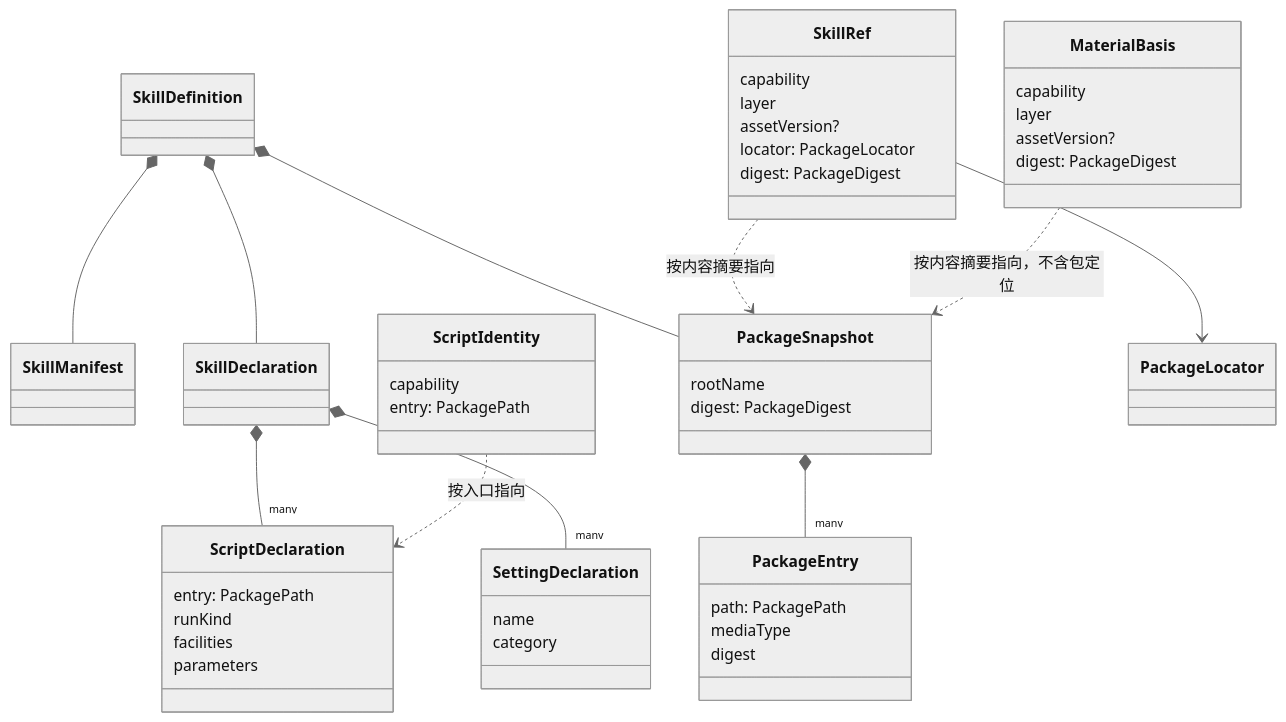
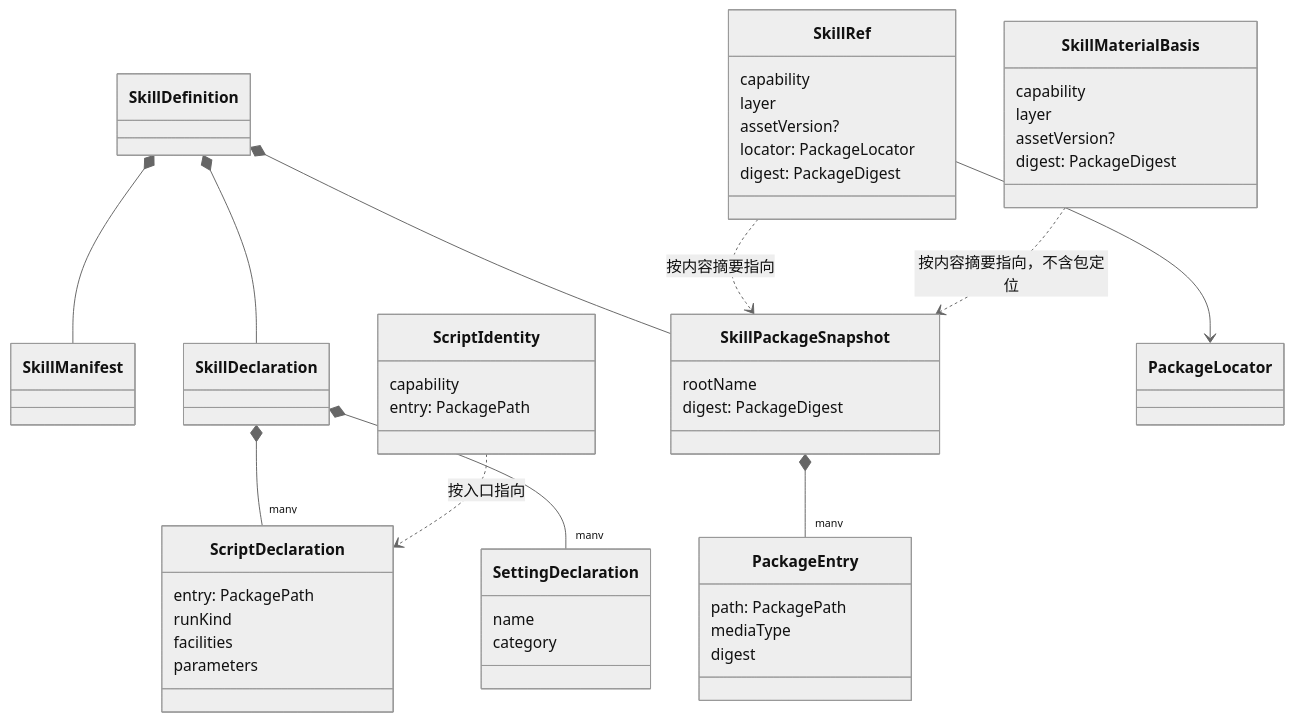
The diagram in packages/skills/docs/architecture.md (nemori-ai/omne-harness-lite), drawn with Mermaid (neutral theme) before and after one commit. The commit also changed other lines of this file and 8 other files, not shown here.

````diff
--- a/packages/skills/docs/architecture.md
+++ b/packages/skills/docs/architecture.md
@@ -94,53 +94,53 @@
 ```mermaid
 classDiagram
   class SkillDefinition
   class SkillManifest
   class SkillDeclaration
   class ScriptDeclaration {
     entry: PackagePath
     runKind
     facilities
     parameters
   }
   class SettingDeclaration {
     name
     category
   }
-  class PackageSnapshot {
+  class SkillPackageSnapshot {
     rootName
     digest: PackageDigest
   }
   class PackageEntry {
     path: PackagePath
     mediaType
     digest
   }
   class SkillRef {
     capability
     layer
     assetVersion?
     locator: PackageLocator
     digest: PackageDigest
   }
-  class MaterialBasis {
+  class SkillMaterialBasis {
     capability
     layer
     assetVersion?
     digest: PackageDigest
   }
   class ScriptIdentity {
     capability
     entry: PackagePath
   }
   class PackageLocator
   SkillDefinition *-- SkillManifest
   SkillDefinition *-- SkillDeclaration
-  SkillDefinition *-- PackageSnapshot
+  SkillDefinition *-- SkillPackageSnapshot
   SkillDeclaration *-- "many" ScriptDeclaration
   SkillDeclaration *-- "many" SettingDeclaration
-  PackageSnapshot *-- "many" PackageEntry
+  SkillPackageSnapshot *-- "many" PackageEntry
   SkillRef --> PackageLocator
-  SkillRef ..> PackageSnapshot : 按内容摘要指向
-  MaterialBasis ..> PackageSnapshot : 按内容摘要指向，不含包定位
+  SkillRef ..> SkillPackageSnapshot : 按内容摘要指向
+  SkillMaterialBasis ..> SkillPackageSnapshot : 按内容摘要指向，不含包定位
   ScriptIdentity ..> ScriptDeclaration : 按入口指向
 ```
````
